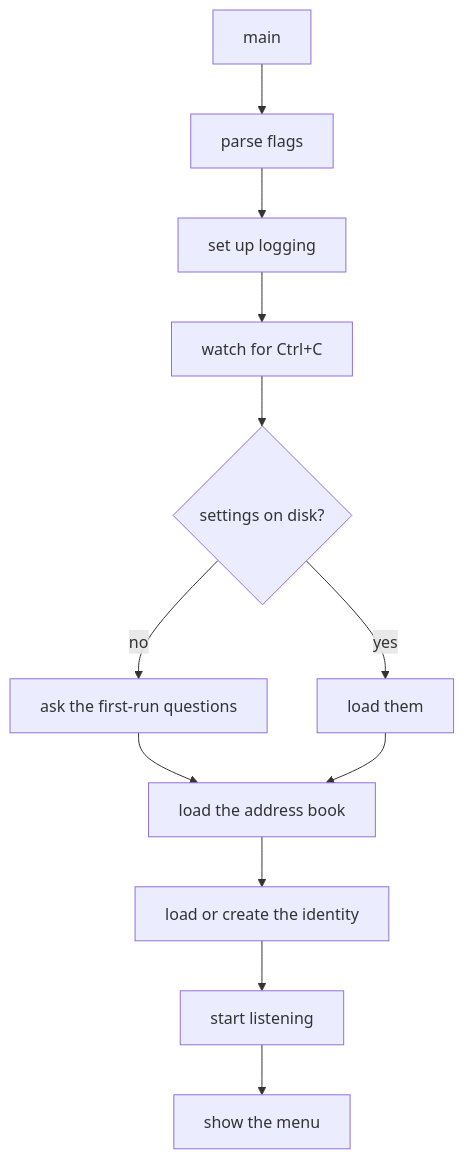
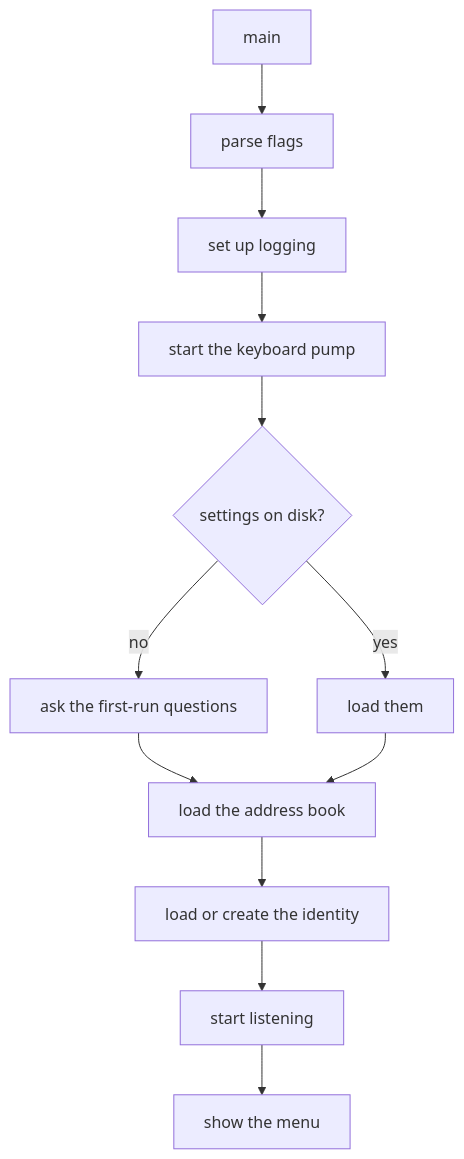
Before and after one commit to Serajian/homa: the fifth of 6 diagrams in README.md, drawn with Mermaid. The commit also changed other lines of this file and 11 other files, not shown here.

````diff
--- a/README.md
+++ b/README.md
@@ -319,14 +324,14 @@
 ```mermaid
 flowchart TD
     A[main] --> B[parse flags]
     B --> C[set up logging]
-    C --> D[watch for Ctrl+C]
+    C --> D[start the keyboard pump]
     D --> E{settings on disk?}
     E -- no --> F[ask the first-run questions]
     E -- yes --> G[load them]
     F --> H[load the address book]
     G --> H
     H --> I[load or create the identity]
     I --> J[start listening]
     J --> K[show the menu]
 ```
````
